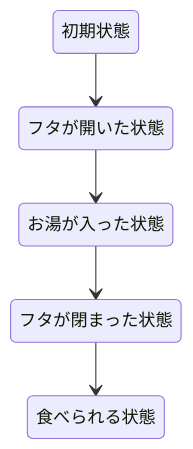
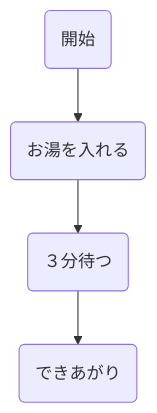
Before and after one commit to norm-ideal/mermaidtest: the diagram in README.md, drawn with Mermaid.

````diff
--- a/README.md
+++ b/README.md
@@ -5,14 +5,6 @@
 ```mermaid
-stateDiagram-v2
-  direction TB
-  s1 : 初期状態
-  s2 : フタが開いた状態 
-  s3 : お湯が入った状態
-  s4 : フタが閉まった状態
-  s5 : 食べられる状態
-  
-  s1 --> s2
-  s2 --> s3
-  s3 --> s4
-  s4 --> s5
+flowchart TB
+  s1(開始) --> s2(お湯を入れる) 
+  s2 --> s3(３分待つ)
+  s3 --> s4(できあがり)
 ```
````
